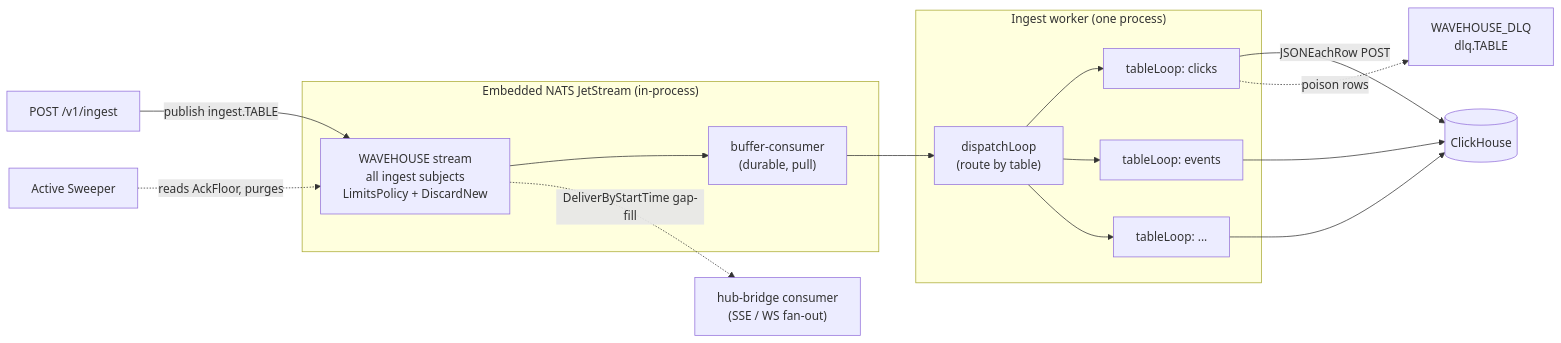
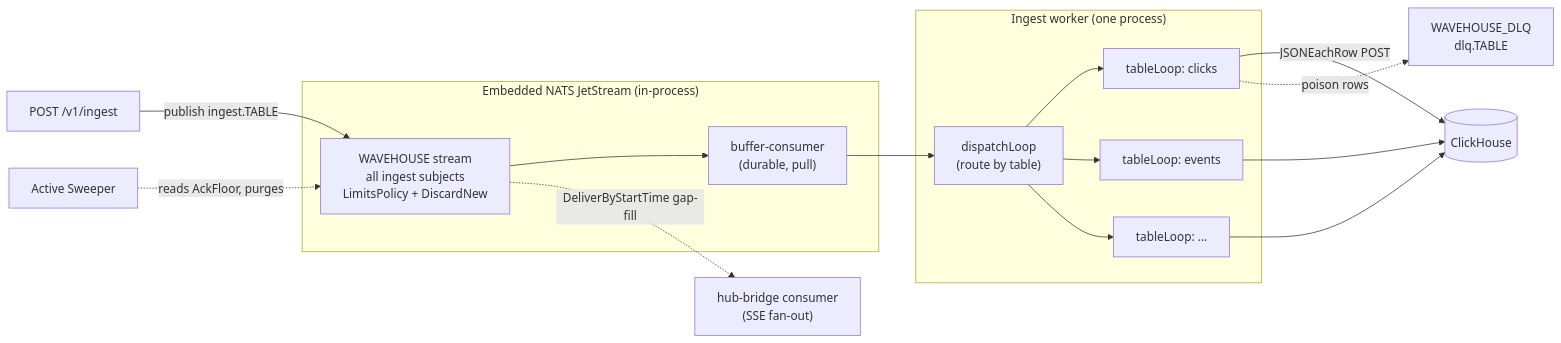
One commit to Wave-RF/WaveHouse changed the first of 8 diagrams in docs/src/content/docs/ingest-pipeline.md. Above: the diagram before and after it, drawn with Mermaid. The commit also changed other lines of this file and 1 other file, not shown here.

First line of the commit message:
docs: dlq stats 500 row, JWT-secret provenance, drop fictional WS fan-out

````diff
--- a/docs/src/content/docs/ingest-pipeline.md
+++ b/docs/src/content/docs/ingest-pipeline.md
@@ -33,27 +33,27 @@
 ```mermaid
 flowchart LR
     API["POST /v1/ingest"] -->|"publish ingest.TABLE"| Stream
 
     subgraph NATS["Embedded NATS JetStream (in-process)"]
         Stream["WAVEHOUSE stream<br/>all ingest subjects<br/>LimitsPolicy + DiscardNew"]
         Cons["buffer-consumer<br/>(durable, pull)"]
         Stream --> Cons
     end
 
     Cons --> D
 
     subgraph Worker["Ingest worker (one process)"]
         D["dispatchLoop<br/>(route by table)"]
         D --> TLa["tableLoop: clicks"]
         D --> TLb["tableLoop: events"]
         D --> TLc["tableLoop: ..."]
     end
 
     TLa -->|"JSONEachRow POST"| CH[("ClickHouse")]
     TLb --> CH
     TLc --> CH
     TLa -.->|"poison rows"| DLQ["WAVEHOUSE_DLQ<br/>dlq.TABLE"]
 
     Sweep["Active Sweeper"] -.->|"reads AckFloor, purges"| Stream
-    Stream -.->|"DeliverByStartTime gap-fill"| Hub["hub-bridge consumer<br/>(SSE / WS fan-out)"]
+    Stream -.->|"DeliverByStartTime gap-fill"| Hub["hub-bridge consumer<br/>(SSE fan-out)"]
 ```
````
